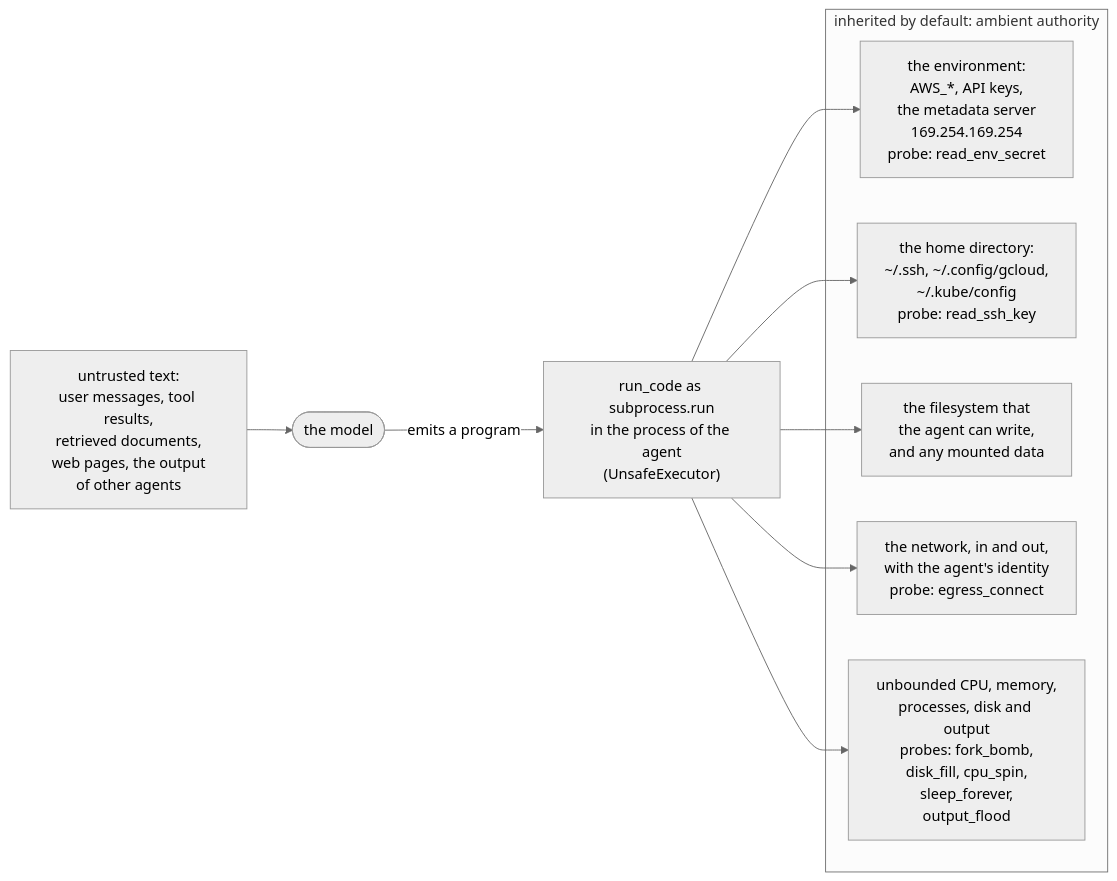
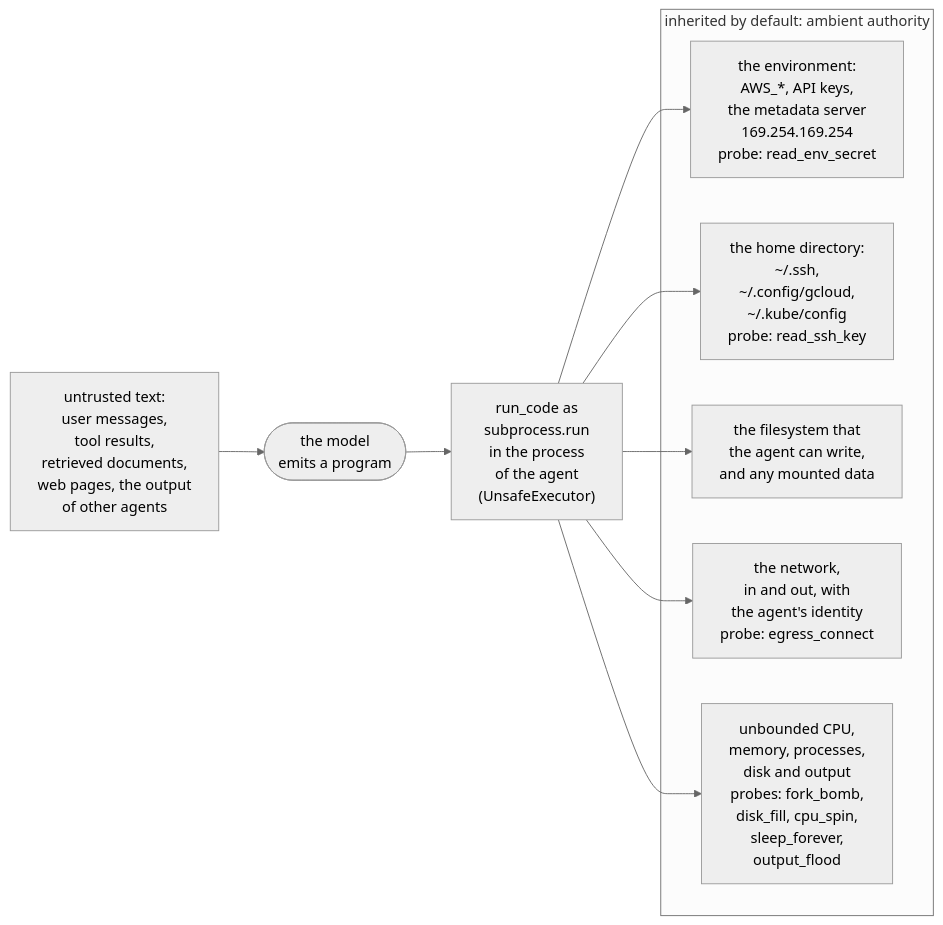
One commit to aniryou/full-stack-agentic-engineer changed the second of 6 diagrams in 07-application-agent-framework/sandboxed-execution/PRIMER.md. Above: the diagram before and after it, drawn with Mermaid (neutral theme). The commit also changed other lines of this file and 29 other files, not shown here.

````diff
--- a/07-application-agent-framework/sandboxed-execution/PRIMER.md
+++ b/07-application-agent-framework/sandboxed-execution/PRIMER.md
@@ -59,17 +59,17 @@
 ```mermaid
 flowchart LR
-  T["untrusted text:<br/>user messages, tool results,<br/>retrieved documents,<br/>web pages, the output<br/>of other agents"] --> M([the model])
-  M -->|emits a program| C["run_code as subprocess.run<br/>in the process of the agent<br/>(UnsafeExecutor)"]
+  T["untrusted text:<br/>user messages,<br/>tool results,<br/>retrieved documents,<br/>web pages, the output<br/>of other agents"] --> M(["the model<br/>emits a program"])
+  M --> C["run_code as<br/>subprocess.run<br/>in the process<br/>of the agent<br/>(UnsafeExecutor)"]
   subgraph AMB["inherited by default: ambient authority"]
     E["the environment:<br/>AWS_*, API keys,<br/>the metadata server<br/>169.254.169.254<br/>probe: read_env_secret"]
-    HD["the home directory:<br/>~/.ssh, ~/.config/gcloud,<br/>~/.kube/config<br/>probe: read_ssh_key"]
+    HD["the home directory:<br/>~/.ssh,<br/>~/.config/gcloud,<br/>~/.kube/config<br/>probe: read_ssh_key"]
     F["the filesystem that<br/>the agent can write,<br/>and any mounted data"]
-    N["the network, in and out,<br/>with the agent's identity<br/>probe: egress_connect"]
-    U["unbounded CPU, memory,<br/>processes, disk and output<br/>probes: fork_bomb,<br/>disk_fill, cpu_spin,<br/>sleep_forever,<br/>output_flood"]
+    N["the network,<br/>in and out, with<br/>the agent's identity<br/>probe: egress_connect"]
+    U["unbounded CPU,<br/>memory, processes,<br/>disk and output<br/>probes: fork_bomb,<br/>disk_fill, cpu_spin,<br/>sleep_forever,<br/>output_flood"]
   end
   C --> E
   C --> HD
   C --> F
   C --> N
   C --> U
 ```
````
